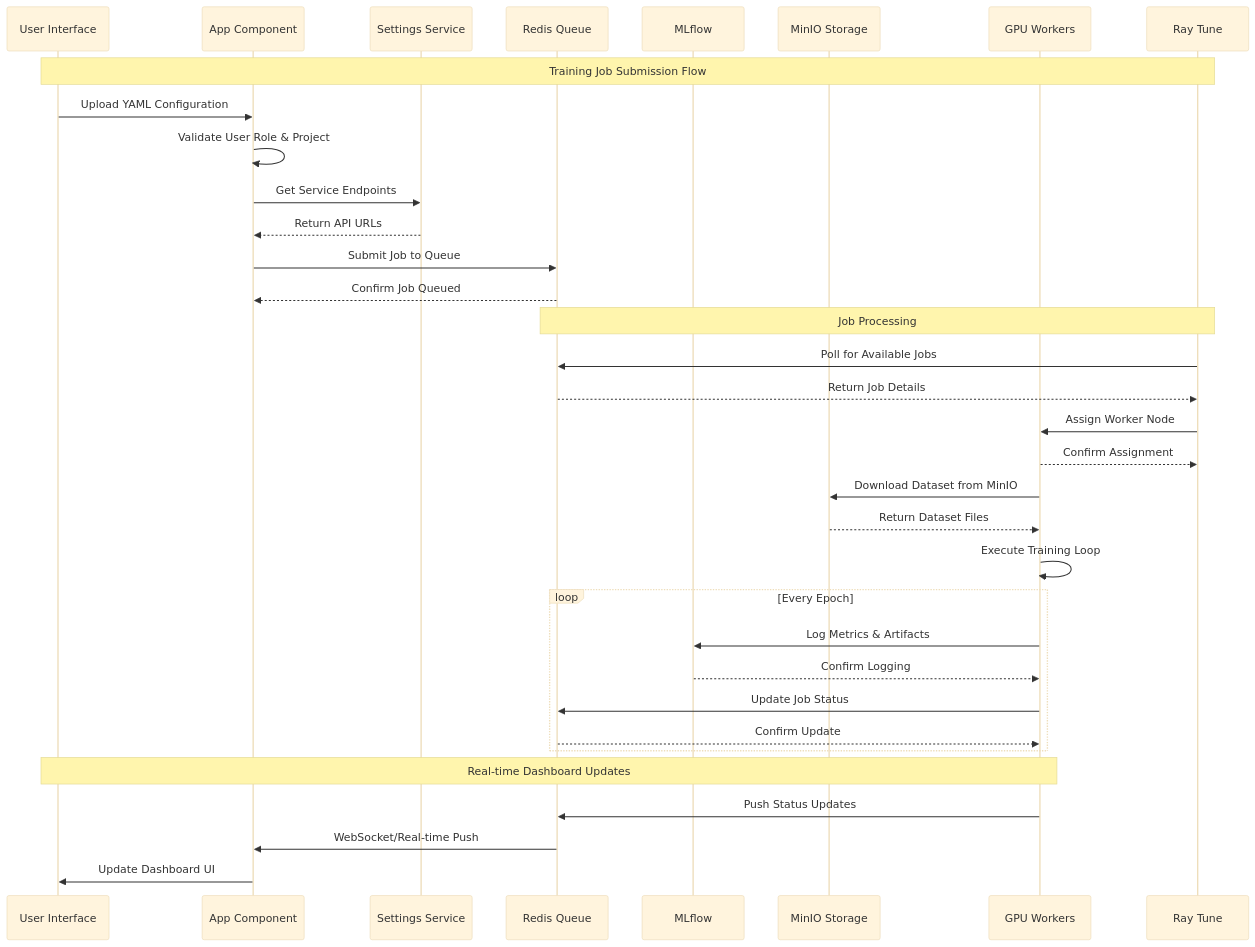
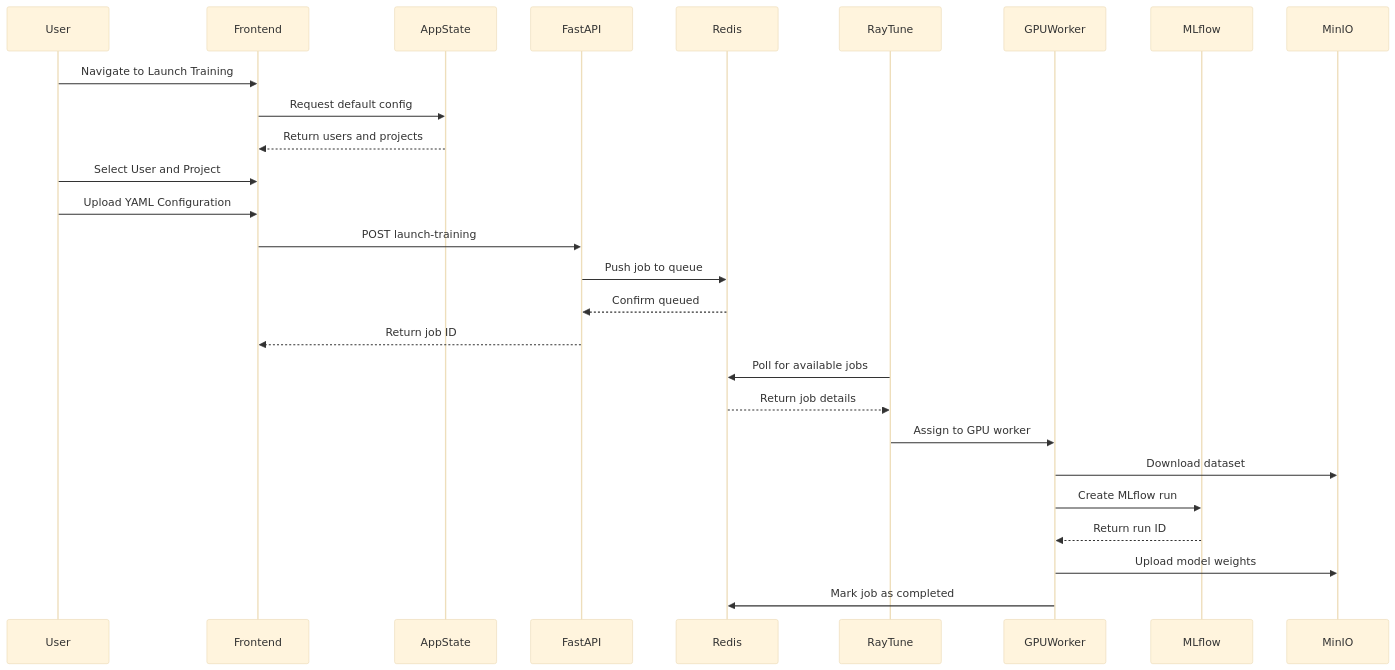
Before and after one commit to wisrovi/NeuralForgeAI: the second of 7 diagrams in README.md, drawn with Mermaid (base theme). The commit also changed other lines of this file and 3 other files, not shown here.

First line of the commit message:
docs: Update README with GitHub-compatible Mermaid diagrams

````diff
--- a/README.md
+++ b/README.md
@@ -65,47 +59,30 @@
 ```mermaid
 sequenceDiagram
-    participant U as User Interface
-    participant A as App Component
-    participant S as Settings Service
-    participant R as Redis Queue
-    participant M as MLflow
-    participant I as MinIO Storage
-    participant G as GPU Workers
-    participant T as Ray Tune
-    
-    Note over U,T: Training Job Submission Flow
-    
-    U->>A: Upload YAML Configuration
-    A->>A: Validate User Role & Project
-    A->>S: Get Service Endpoints
-    S-->>A: Return API URLs
-    
-    A->>R: Submit Job to Queue
-    R-->>A: Confirm Job Queued
-    
-    Note over R,T: Job Processing
-    
-    T->>R: Poll for Available Jobs
-    R-->>T: Return Job Details
-    
-    T->>G: Assign Worker Node
-    G-->>T: Confirm Assignment
-    
-    G->>I: Download Dataset from MinIO
-    I-->>G: Return Dataset Files
-    
-    G->>G: Execute Training Loop
-    
-    loop Every Epoch
-        G->>M: Log Metrics & Artifacts
-        M-->>G: Confirm Logging
-        G->>R: Update Job Status
-        R-->>G: Confirm Update
-    end
-    
-    Note over G,U: Real-time Dashboard Updates
-    
-    G->>R: Push Status Updates
-    R->>A: WebSocket/Real-time Push
-    A->>U: Update Dashboard UI
+    participant User
+    participant Frontend
+    participant AppState
+    participant FastAPI
+    participant Redis
+    participant RayTune
+    participant GPUWorker
+    participant MLflow
+    participant MinIO
+
+    User->>Frontend: Navigate to Launch Training
+    Frontend->>AppState: Request default config
+    AppState-->>Frontend: Return users and projects
+    User->>Frontend: Select User and Project
+    User->>Frontend: Upload YAML Configuration
+    Frontend->>FastAPI: POST launch-training
+    FastAPI->>Redis: Push job to queue
+    Redis-->>FastAPI: Confirm queued
+    FastAPI-->>Frontend: Return job ID
+    RayTune->>Redis: Poll for available jobs
+    Redis-->>RayTune: Return job details
+    RayTune->>GPUWorker: Assign to GPU worker
+    GPUWorker->>MinIO: Download dataset
+    GPUWorker->>MLflow: Create MLflow run
+    MLflow-->>GPUWorker: Return run ID
+    GPUWorker->>MinIO: Upload model weights
+    GPUWorker->>Redis: Mark job as completed
 ```
````
